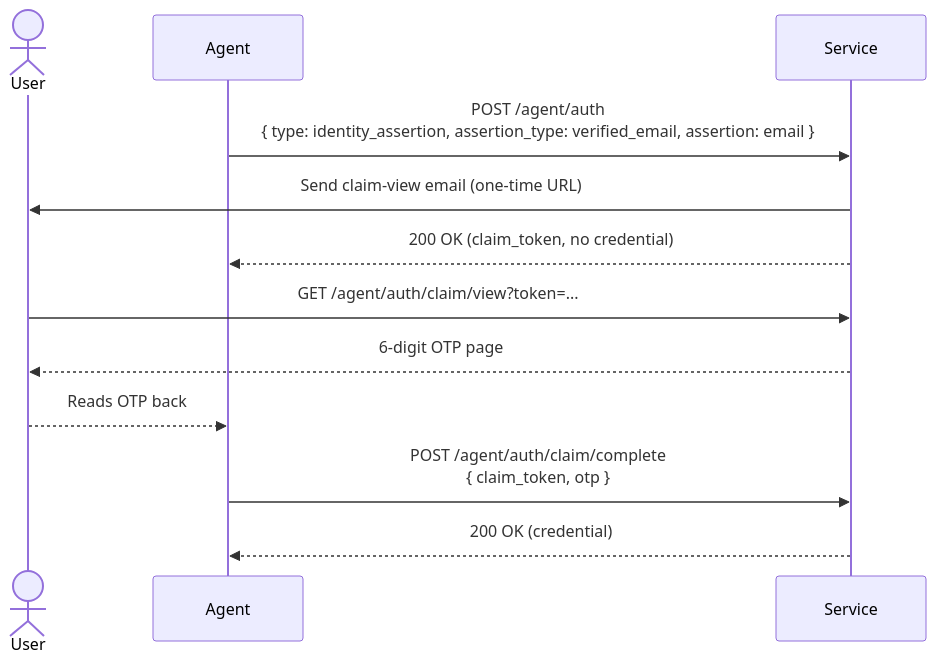
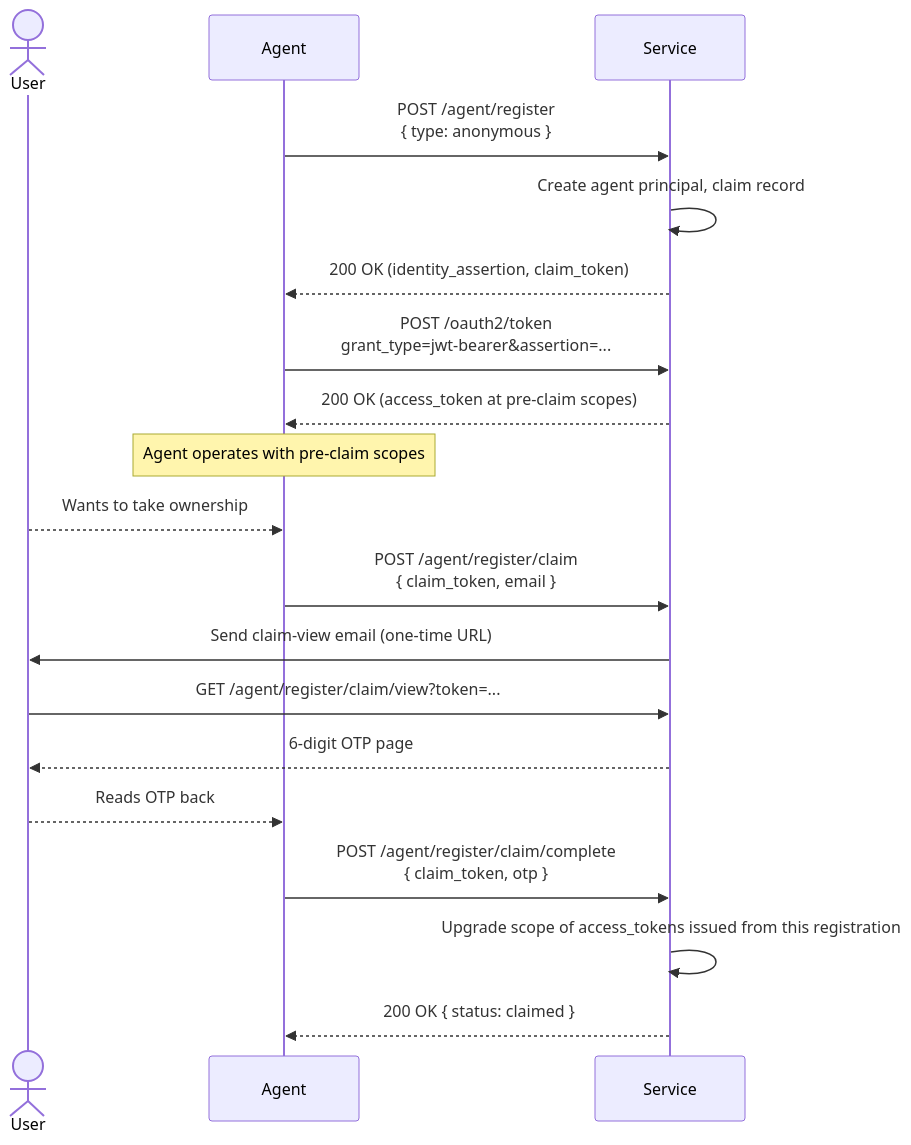
The second of 3 diagrams in README.md (workos/auth.md), drawn with Mermaid before and after one commit. The commit also changed other lines of this file and 2 other files, not shown here.

````diff
--- a/README.md
+++ b/README.md
@@ -101,15 +105,24 @@
 ```mermaid
 sequenceDiagram
     actor User
     participant Agent
     participant Service
 
-    Agent->>Service: POST /agent/auth<br/>{ type: identity_assertion, assertion_type: verified_email, assertion: email }
+    Agent->>Service: POST /agent/register<br/>{ type: anonymous }
+    Service->>Service: Create agent principal, claim record
+    Service-->>Agent: 200 OK (identity_assertion, claim_token)
+    Agent->>Service: POST /oauth2/token<br/>grant_type=jwt-bearer&assertion=...
+    Service-->>Agent: 200 OK (access_token at pre-claim scopes)
+
+    Note over Agent: Agent operates with pre-claim scopes
+
+    User-->>Agent: Wants to take ownership
+    Agent->>Service: POST /agent/register/claim<br/>{ claim_token, email }
     Service->>User: Send claim-view email (one-time URL)
-    Service-->>Agent: 200 OK (claim_token, no credential)
-    User->>Service: GET /agent/auth/claim/view?token=...
+    User->>Service: GET /agent/register/claim/view?token=...
     Service-->>User: 6-digit OTP page
     User-->>Agent: Reads OTP back
-    Agent->>Service: POST /agent/auth/claim/complete<br/>{ claim_token, otp }
-    Service-->>Agent: 200 OK (credential)
+    Agent->>Service: POST /agent/register/claim/complete<br/>{ claim_token, otp }
+    Service->>Service: Upgrade scope of access_tokens issued from this registration
+    Service-->>Agent: 200 OK { status: claimed }
 ```
````
